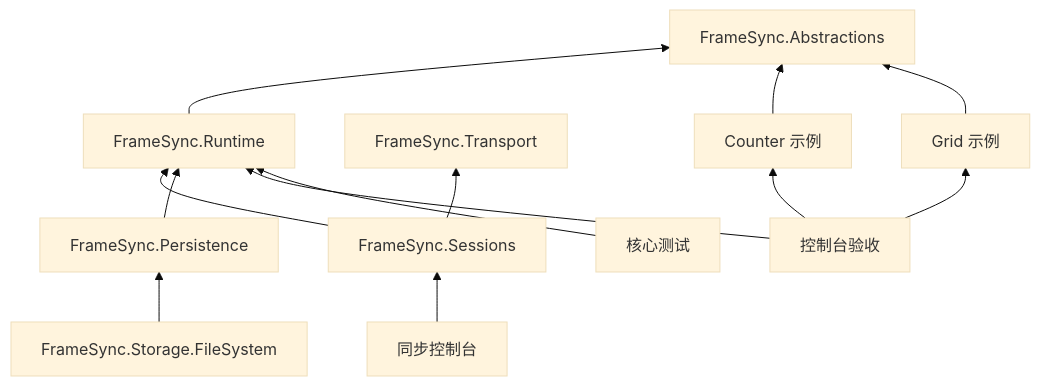
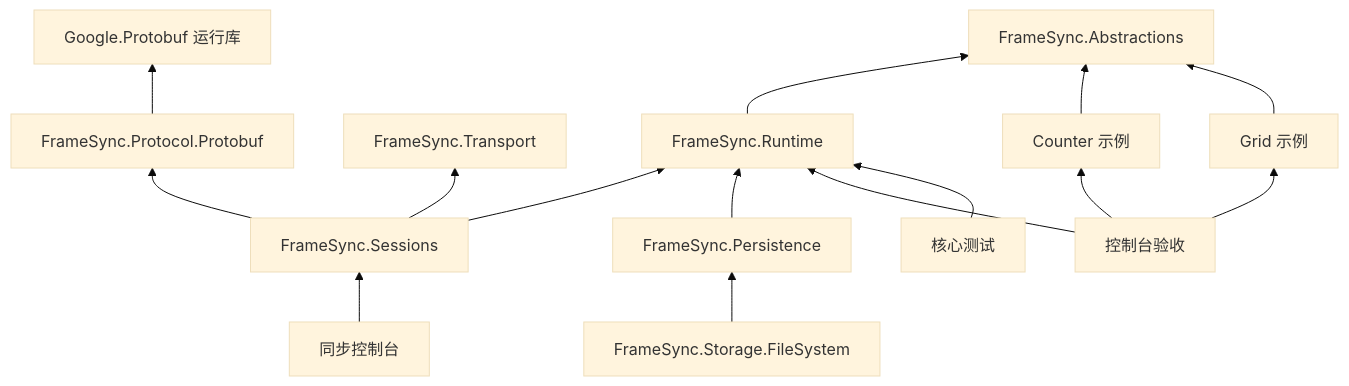
The diagram in README.md (lizujin1943-sketch/Advanture), drawn with Mermaid (base theme) before and after one commit. The commit also changed other lines of this file and 33 other files, not shown here.

````diff
--- a/README.md
+++ b/README.md
@@ -89,15 +91,17 @@
 ```mermaid
 flowchart BT
     Sessions[FrameSync.Sessions] --> Runtime[FrameSync.Runtime]
     Sessions --> Transport[FrameSync.Transport]
+    Sessions --> Protocol[FrameSync.Protocol.Protobuf]
+    Protocol --> Protobuf[Google.Protobuf 运行库]
     Runtime --> Contracts[FrameSync.Abstractions]
     Persistence[FrameSync.Persistence] --> Runtime
     FileSystem[FrameSync.Storage.FileSystem] --> Persistence
     SyncHarness[同步控制台] --> Sessions
     Counter[Counter 示例] --> Contracts
     Grid[Grid 示例] --> Contracts
     Harness[控制台验收] --> Runtime
     Harness --> Counter
     Harness --> Grid
     Tests[核心测试] --> Runtime
 ```
````
